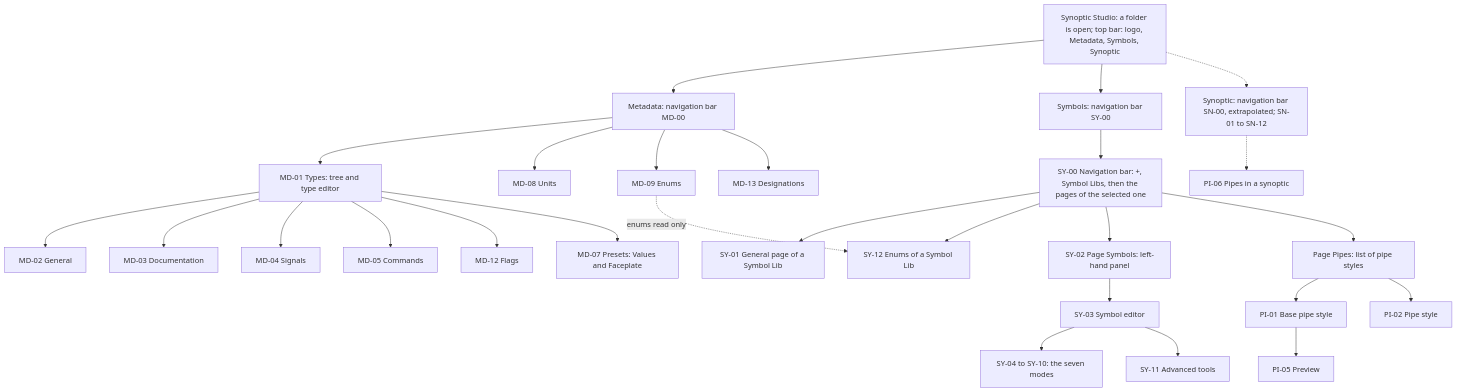
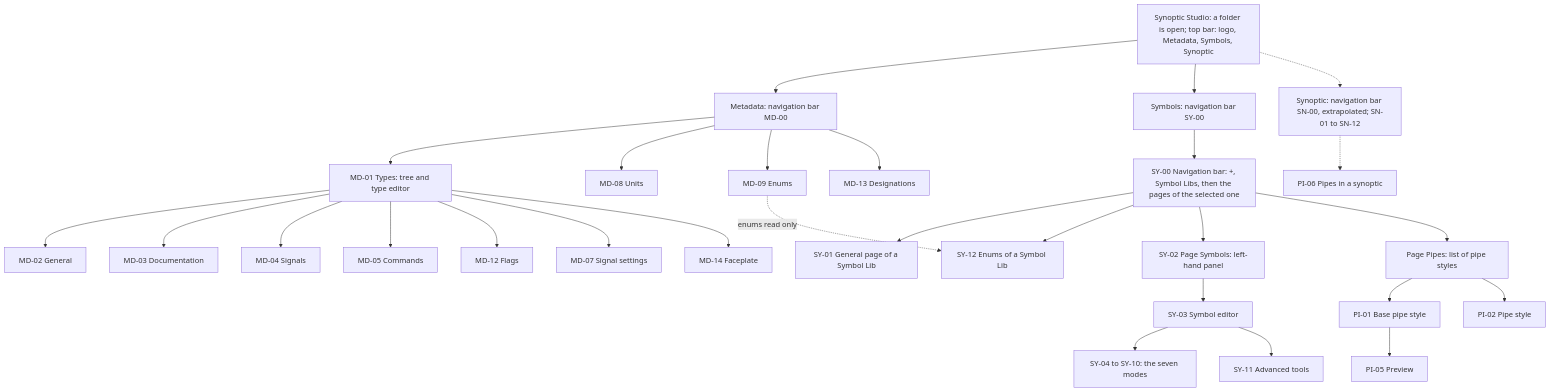
Before and after one commit to AlexandreGallais/synoptic-studio-spec: the seventh of 7 diagrams in screens/README.md, drawn with Mermaid. The commit also changed other lines of this file and 65 other files, not shown here.

````diff
--- a/screens/README.md
+++ b/screens/README.md
@@ -205,31 +205,32 @@
 ```mermaid
 flowchart TD
     APP["Synoptic Studio: a folder is open; top bar: logo, Metadata, Symbols, Synoptic"] --> MD["Metadata: navigation bar MD-00"]
     APP --> SY["Symbols: navigation bar SY-00"]
     APP -.-> P3["Synoptic: navigation bar SN-00, extrapolated; SN-01 to SN-12"]
 
     MD --> MD01["MD-01 Types: tree and type editor"]
     MD01 --> MD02["MD-02 General"]
     MD01 --> MD03["MD-03 Documentation"]
     MD01 --> MD04["MD-04 Signals"]
     MD01 --> MD05["MD-05 Commands"]
     MD01 --> MD12["MD-12 Flags"]
-    MD01 --> MD07["MD-07 Presets: Values and Faceplate"]
+    MD01 --> MD07["MD-07 Signal settings"]
+    MD01 --> MD14["MD-14 Faceplate"]
     MD --> MD08["MD-08 Units"]
     MD --> MD09["MD-09 Enums"]
     MD --> MD13["MD-13 Designations"]
 
     SY --> SY00["SY-00 Navigation bar: +, Symbol Libs, then the pages of the selected one"]
     SY00 --> SY01["SY-01 General page of a Symbol Lib"]
     SY00 --> SY12["SY-12 Enums of a Symbol Lib"]
     SY00 --> SY02["SY-02 Page Symbols: left-hand panel"]
     SY00 --> SYP["Page Pipes: list of pipe styles"]
     SY02 --> SY03["SY-03 Symbol editor"]
     SY03 --> SY04["SY-04 to SY-10: the seven modes"]
     SY03 --> SY11["SY-11 Advanced tools"]
     MD09 -.->|"enums read only"| SY12
     SYP --> PI01["PI-01 Base pipe style"]
     SYP --> PI02["PI-02 Pipe style"]
     PI01 --> PI05["PI-05 Preview"]
     P3 -.-> PI06["PI-06 Pipes in a synoptic"]
 ```
````
